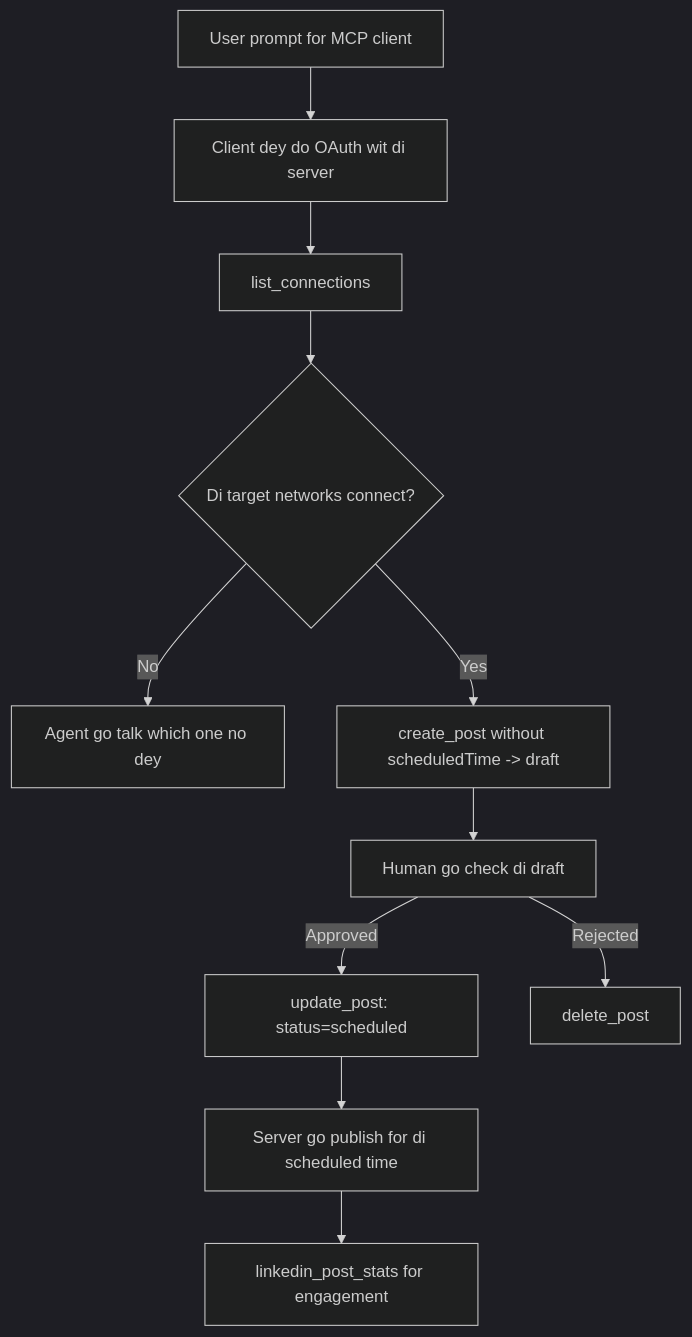
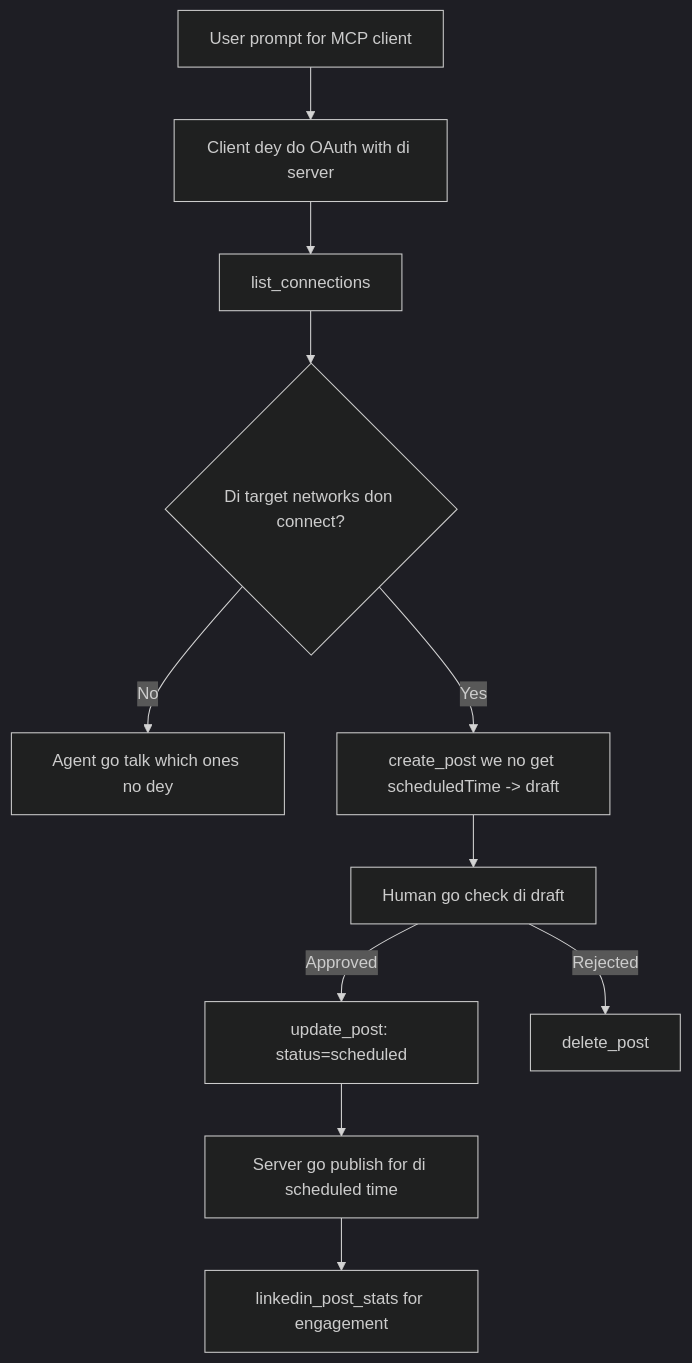
The diagram in translations/pcm/09-CaseStudy/publora-social-publishing.md (microsoft/mcp-for-beginners), drawn with Mermaid (dark theme) before and after one commit. The commit also changed other lines of this file and 138 other files, not shown here.

````diff
--- a/translations/pcm/09-CaseStudy/publora-social-publishing.md
+++ b/translations/pcm/09-CaseStudy/publora-social-publishing.md
@@ -47,13 +47,13 @@
 ```mermaid
 flowchart TD
-    A[User prompt for MCP client] --> B[Client dey do OAuth wit di server]
+    A[User prompt for MCP client] --> B[Client dey do OAuth with di server]
     B --> C[list_connections]
-    C --> D{Di target networks connect?}
-    D -- No --> E[Agent go talk which one no dey]
-    D -- Yes --> F[create_post without scheduledTime -> draft]
+    C --> D{Di target networks don connect?}
+    D -- No --> E[Agent go talk which ones no dey]
+    D -- Yes --> F[create_post we no get scheduledTime -> draft]
     F --> G[Human go check di draft]
     G -- Approved --> H[update_post: status=scheduled]
     G -- Rejected --> I[delete_post]
     H --> J[Server go publish for di scheduled time]
     J --> K[linkedin_post_stats for engagement]
 ```
````
